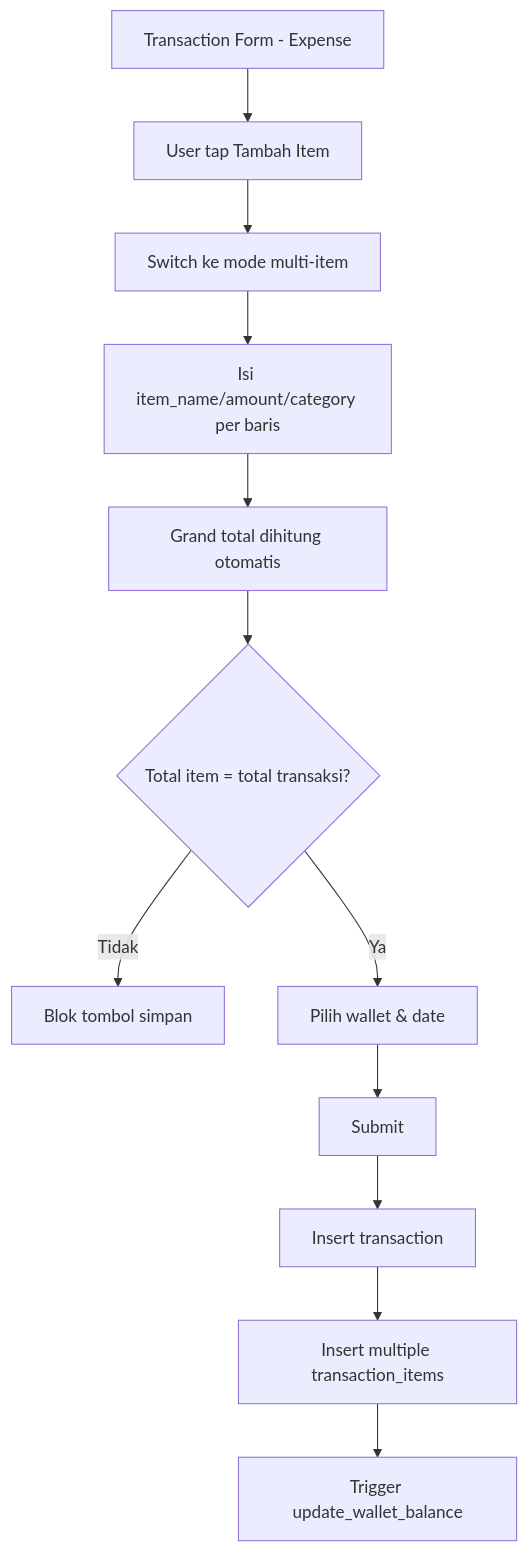
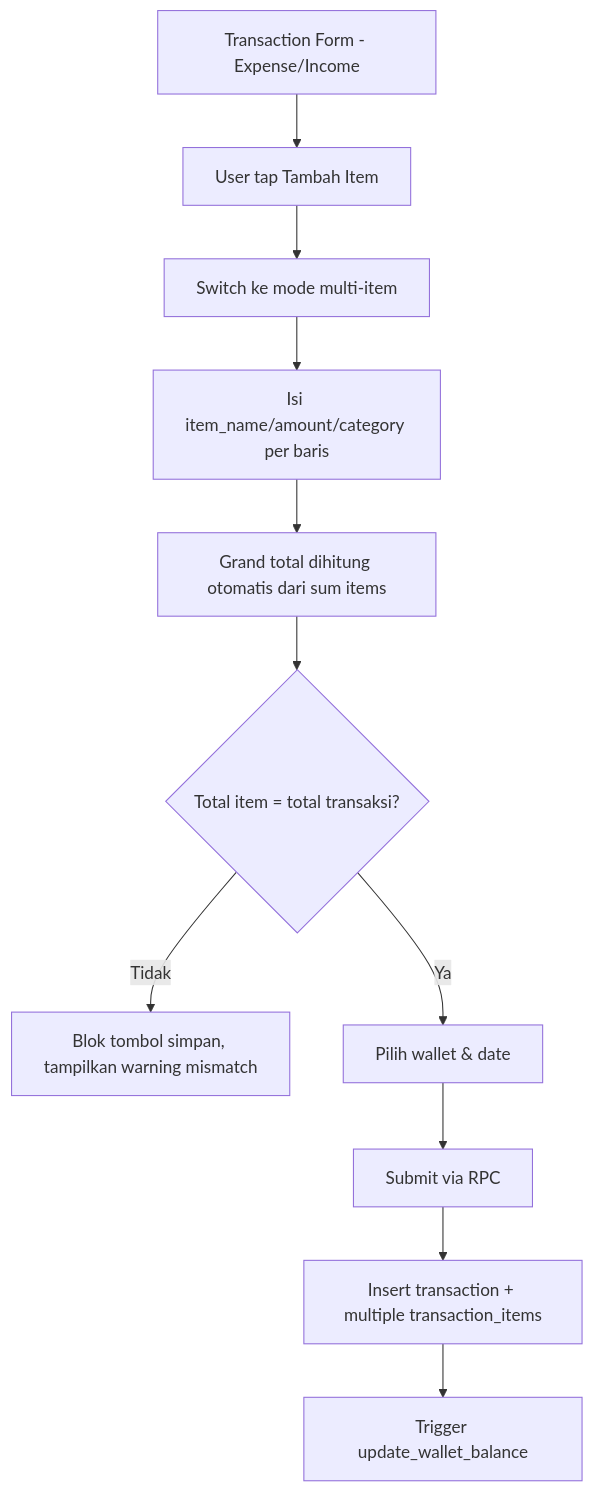
The third of 9 diagrams in docs/01_PRD.md (achyusuf10/Saku-Rapi-Mobile), drawn with Mermaid before and after one commit. The commit also changed other lines of this file and 34 other files, not shown here.

````diff
--- a/docs/01_PRD.md
+++ b/docs/01_PRD.md
@@ -203,14 +211,13 @@
 ```mermaid
 flowchart TD
-    A[Transaction Form - Expense] --> B[User tap Tambah Item]
+    A[Transaction Form - Expense/Income] --> B[User tap Tambah Item]
     B --> C[Switch ke mode multi-item]
     C --> D[Isi item_name/amount/category per baris]
-    D --> E[Grand total dihitung otomatis]
+    D --> E[Grand total dihitung otomatis dari sum items]
     E --> F{Total item = total transaksi?}
-    F -->|Tidak| G[Blok tombol simpan]
+    F -->|Tidak| G[Blok tombol simpan, tampilkan warning mismatch]
     F -->|Ya| H[Pilih wallet & date]
-    H --> I[Submit]
-    I --> J[Insert transaction]
-    J --> K[Insert multiple transaction_items]
-    K --> L[Trigger update_wallet_balance]
+    H --> I[Submit via RPC]
+    I --> J[Insert transaction + multiple transaction_items]
+    J --> K[Trigger update_wallet_balance]
 ```
````
